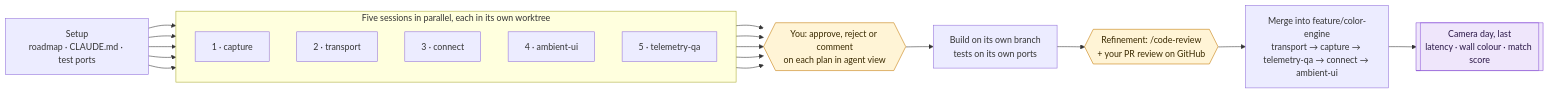
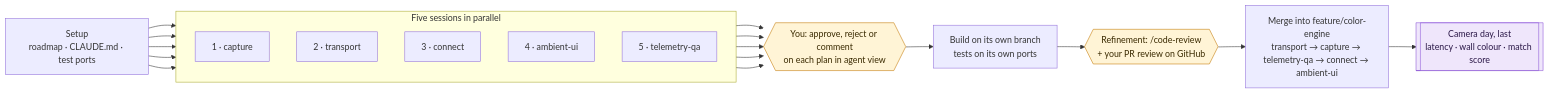
The diagram in docs/ROADMAP.md (pudiish/pudisync), drawn with Mermaid before and after one commit.

Commit message:
Shorten the roadmap graph's group title so it no longer overlaps a node

````diff
--- a/docs/ROADMAP.md
+++ b/docs/ROADMAP.md
@@ -14,24 +14,24 @@
 ```mermaid
 flowchart LR
     setup["Setup<br/>roadmap · CLAUDE.md · test ports"]
-    subgraph agents ["Five sessions in parallel, each in its own worktree"]
+    subgraph agents ["Five sessions in parallel"]
         direction TB
         w1["1 · capture"]
         w2["2 · transport"]
         w3["3 · connect"]
         w4["4 · ambient-ui"]
         w5["5 · telemetry-qa"]
     end
     plan{{"You: approve, reject or comment<br/>on each plan in agent view"}}
     build["Build on its own branch<br/>tests on its own ports"]
     review{{"Refinement: /code-review<br/>+ your PR review on GitHub"}}
     merge["Merge into feature/color-engine<br/>transport → capture → telemetry-qa → connect → ambient-ui"]
     camera[["Camera day, last<br/>latency · wall colour · match score"]]
     setup --> w1 & w2 & w3 & w4 & w5
     w1 & w2 & w3 & w4 & w5 --> plan
     plan --> build --> review --> merge --> camera
     classDef you fill:#fff4d6,stroke:#c27803,color:#3a2a00
     classDef last fill:#efe6fb,stroke:#8b55d6,color:#2a1747
     class plan,review you
     class camera last
 ```
````
